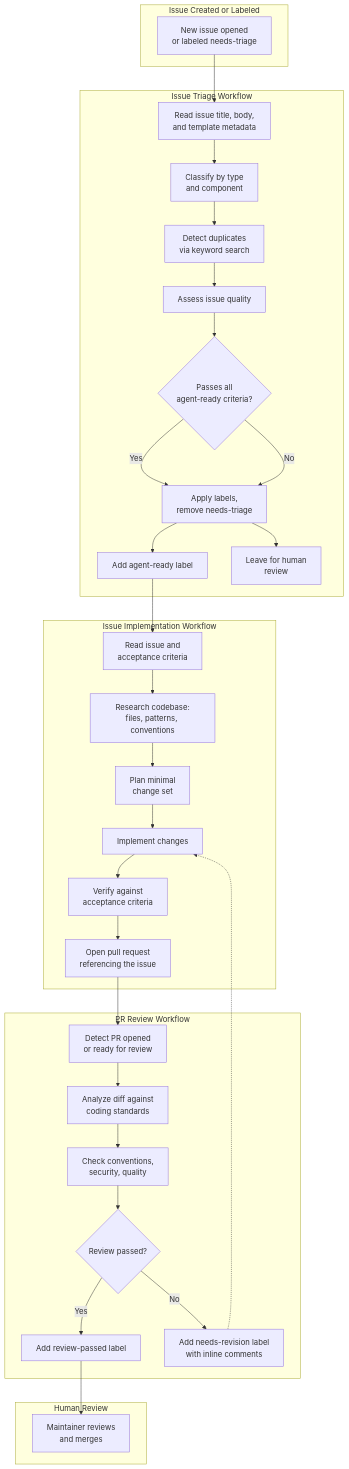
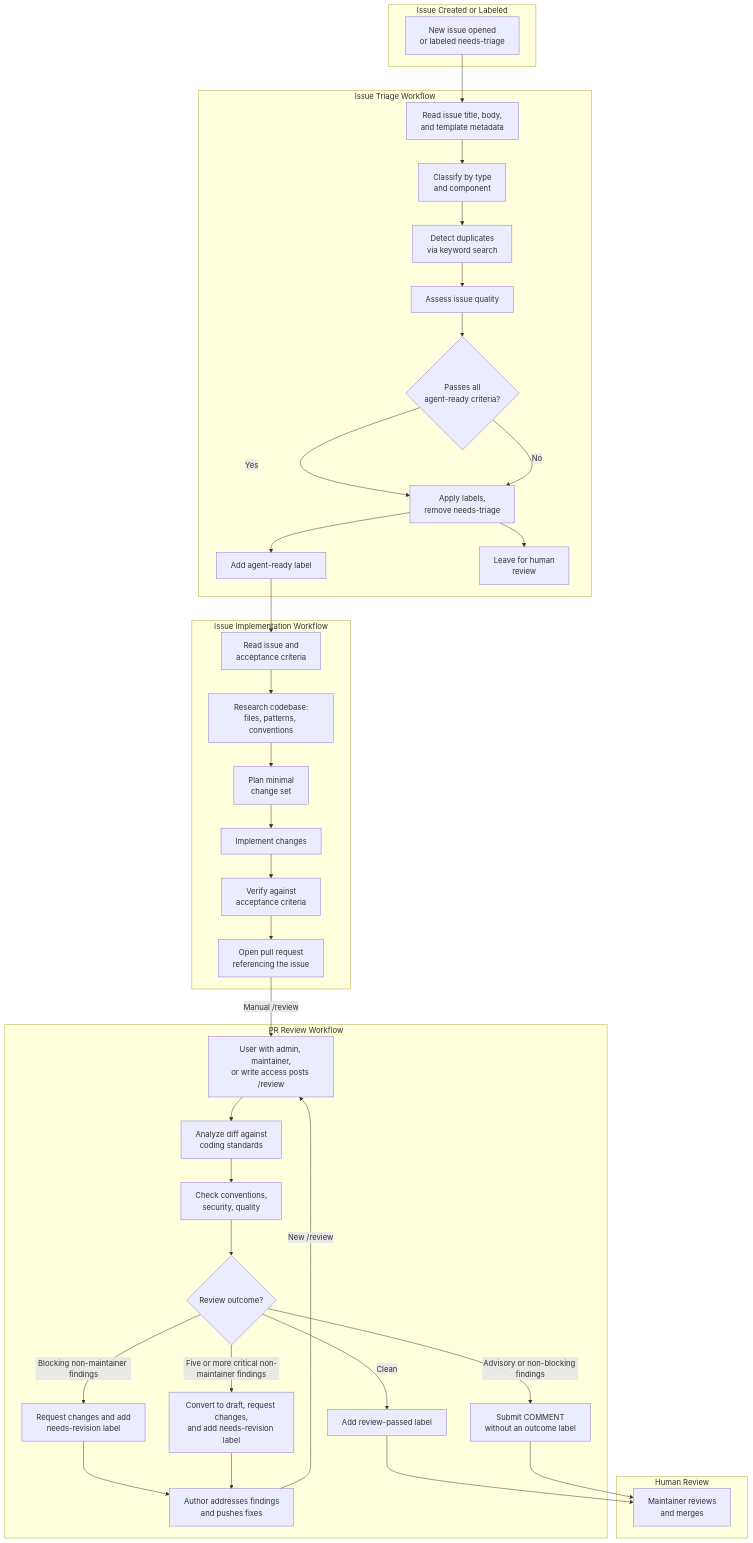
One commit to microsoft/hve-core changed the first of 3 diagrams in docs/architecture/agentic-workflows.md. Above: the diagram before and after it, drawn with Mermaid. The commit also changed other lines of this file, not shown here.

First line of the commit message:
docs(architecture): document manual PR review workflow (#2617)

````diff
--- a/docs/architecture/agentic-workflows.md
+++ b/docs/architecture/agentic-workflows.md
@@ -24,63 +24,71 @@
 ```mermaid
 flowchart TD
     subgraph TRIGGER["Issue Created or Labeled"]
         A["New issue opened<br/>or labeled needs-triage"]
     end
 
     subgraph TRIAGE["Issue Triage Workflow"]
         B["Read issue title, body,<br/>and template metadata"]
         C["Classify by type<br/>and component"]
         D["Detect duplicates<br/>via keyword search"]
         E["Assess issue quality"]
         H{"Passes all<br/>agent-ready criteria?"}
         I["Apply labels,<br/>remove needs-triage"]
         J["Add agent-ready label"]
         K["Leave for human<br/>review"]
     end
 
     subgraph IMPLEMENT["Issue Implementation Workflow"]
         L["Read issue and<br/>acceptance criteria"]
         M["Research codebase:<br/>files, patterns, conventions"]
         N["Plan minimal<br/>change set"]
         O["Implement changes"]
         P["Verify against<br/>acceptance criteria"]
         Q["Open pull request<br/>referencing the issue"]
     end
 
     subgraph REVIEW["PR Review Workflow"]
-        R["Detect PR opened<br/>or ready for review"]
+        R["User with admin, maintainer,<br/>or write access posts /review"]
         S["Analyze diff against<br/>coding standards"]
         T["Check conventions,<br/>security, quality"]
-        U{"Review passed?"}
+        U{"Review outcome?"}
         V["Add review-passed label"]
-        W["Add needs-revision label<br/>with inline comments"]
+        W["Request changes and add<br/>needs-revision label"]
+        Y["Submit COMMENT<br/>without an outcome label"]
+        Z["Convert to draft, request changes,<br/>and add needs-revision label"]
+        AA["Author addresses findings<br/>and pushes fixes"]
     end
 
     subgraph HUMAN["Human Review"]
         X["Maintainer reviews<br/>and merges"]
     end
 
     A --> B
     B --> C
     C --> D
     D --> E
     E --> H
     H -- Yes --> I
     I --> J
     H -- No --> I
     I --> K
     J --> L
     L --> M
     M --> N
     N --> O
     O --> P
     P --> Q
-    Q --> R
+    Q -->|"Manual /review"| R
     R --> S
     S --> T
     T --> U
-    U -- Yes --> V
+    U -- Clean --> V
     V --> X
-    U -- No --> W
-    W -.-> O
+    U -- "Blocking non-maintainer findings" --> W
+    U -- "Five or more critical non-maintainer findings" --> Z
+    U -- "Advisory or non-blocking findings" --> Y
+    Y --> X
+    W --> AA
+    Z --> AA
+    AA -->|"New /review"| R
 ```
````
